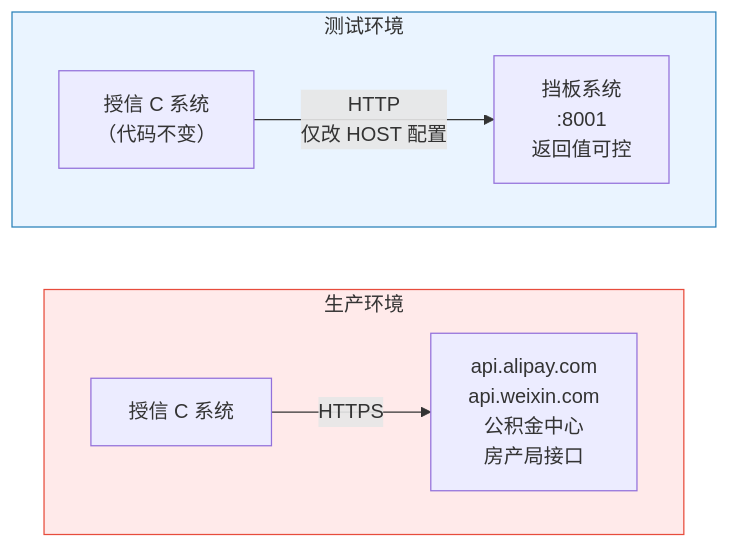
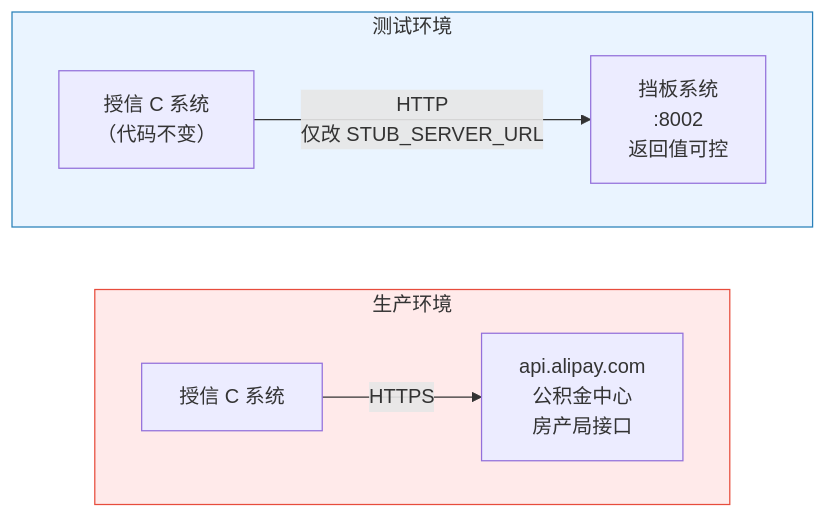
The fourth of 4 diagrams in docs/08-测试架构组网图.md (lee780/testagent-demo), drawn with Mermaid before and after one commit. The commit also changed other lines of this file and 1 other file, not shown here.

First line of the commit message:
fix: 架构图明确区分 TestPilot 与 C 系统

````diff
--- a/docs/08-测试架构组网图.md
+++ b/docs/08-测试架构组网图.md
@@ -134,15 +133,15 @@
 ```mermaid
 flowchart LR
     subgraph PROD ["生产环境"]
         direction LR
-        C_PROD["授信 C 系统"] -- "HTTPS" --> EXT["api.alipay.com\napi.weixin.com\n公积金中心\n房产局接口"]
+        C_PROD["授信 C 系统"] -- "HTTPS" --> EXT["api.alipay.com\n公积金中心\n房产局接口"]
     end
 
     subgraph TEST ["测试环境"]
         direction LR
-        C_TEST["授信 C 系统\n（代码不变）"] -- "HTTP\n仅改 HOST 配置" --> STUB_T["挡板系统\n:8001\n返回值可控"]
+        C_TEST["授信 C 系统\n（代码不变）"] -- "HTTP\n仅改 STUB_SERVER_URL" --> STUB_T["挡板系统\n:8002\n返回值可控"]
     end
 
     style PROD fill:#ffeaea,stroke:#e74c3c
     style TEST fill:#eaf4ff,stroke:#2980b9
 ```
````
